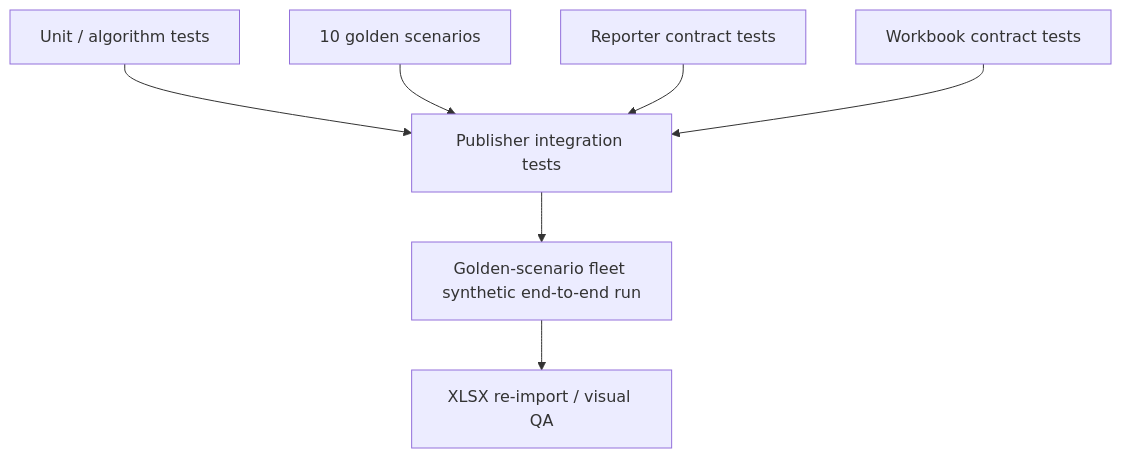
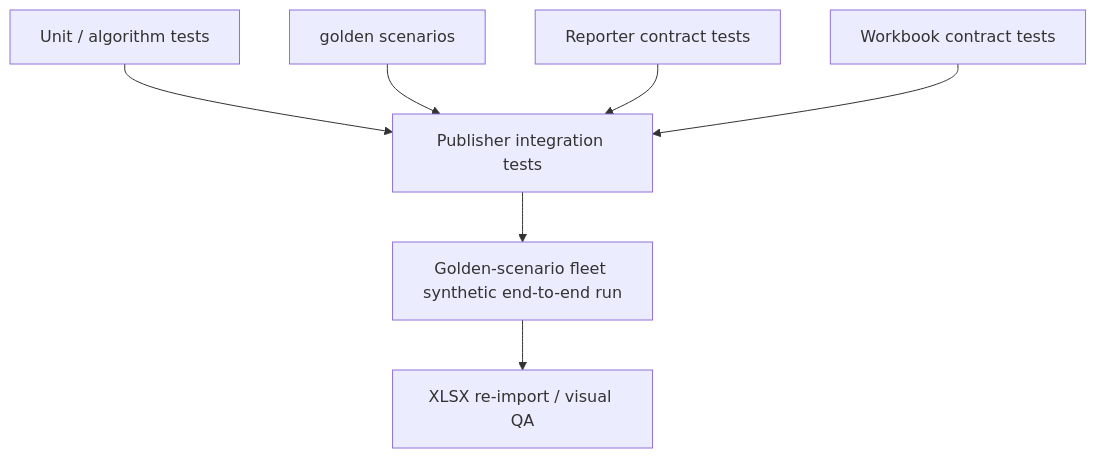
Diagram 19 of 19 in docs/architecture/lld.md (thiaga-gk/expert-funicular), drawn with Mermaid before and after one commit. The commit also changed other lines of this file and 8 other files, not shown here.

````diff
--- a/docs/architecture/lld.md
+++ b/docs/architecture/lld.md
@@ -1550,9 +1404,9 @@
 ```mermaid
 flowchart TD
     U[Unit / algorithm tests] --> I[Publisher integration tests]
-    G[10 golden scenarios] --> I
+    G[golden scenarios] --> I
     C[Reporter contract tests] --> I
     W[Workbook contract tests] --> I
     I --> D[Golden-scenario fleet synthetic end-to-end run]
     D --> X[XLSX re-import / visual QA]
 ```
````
